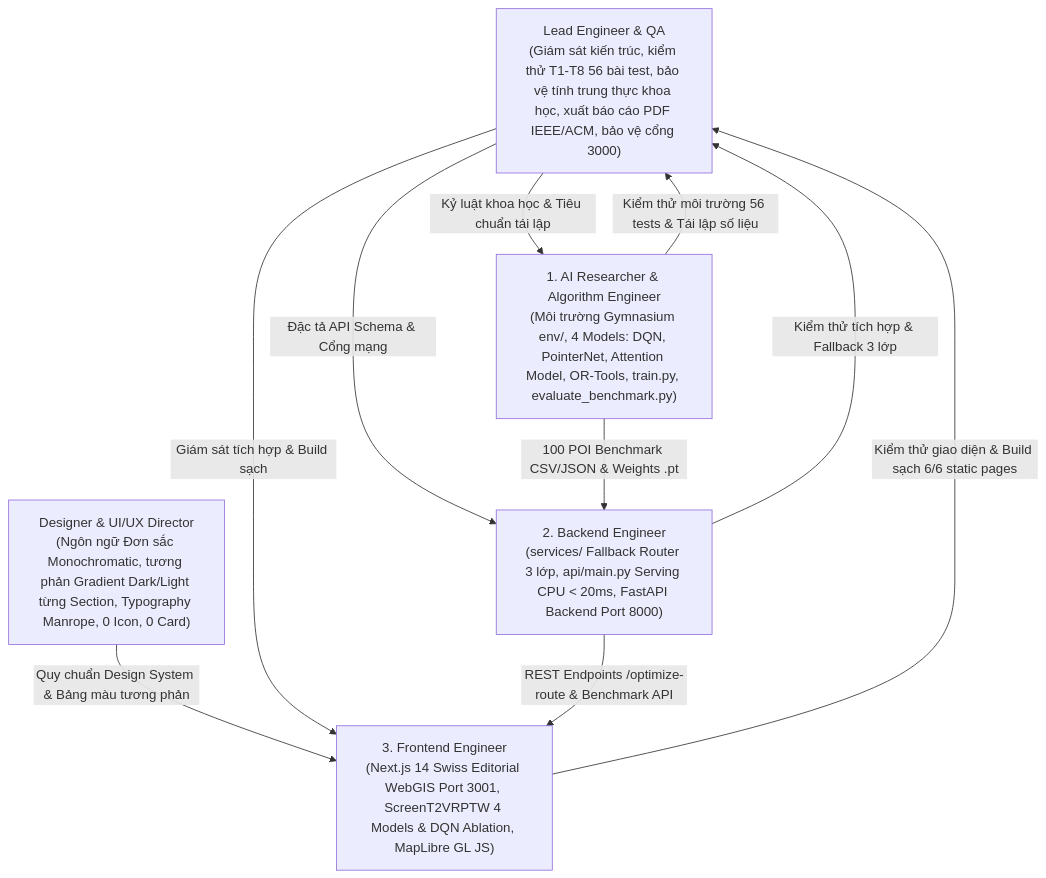
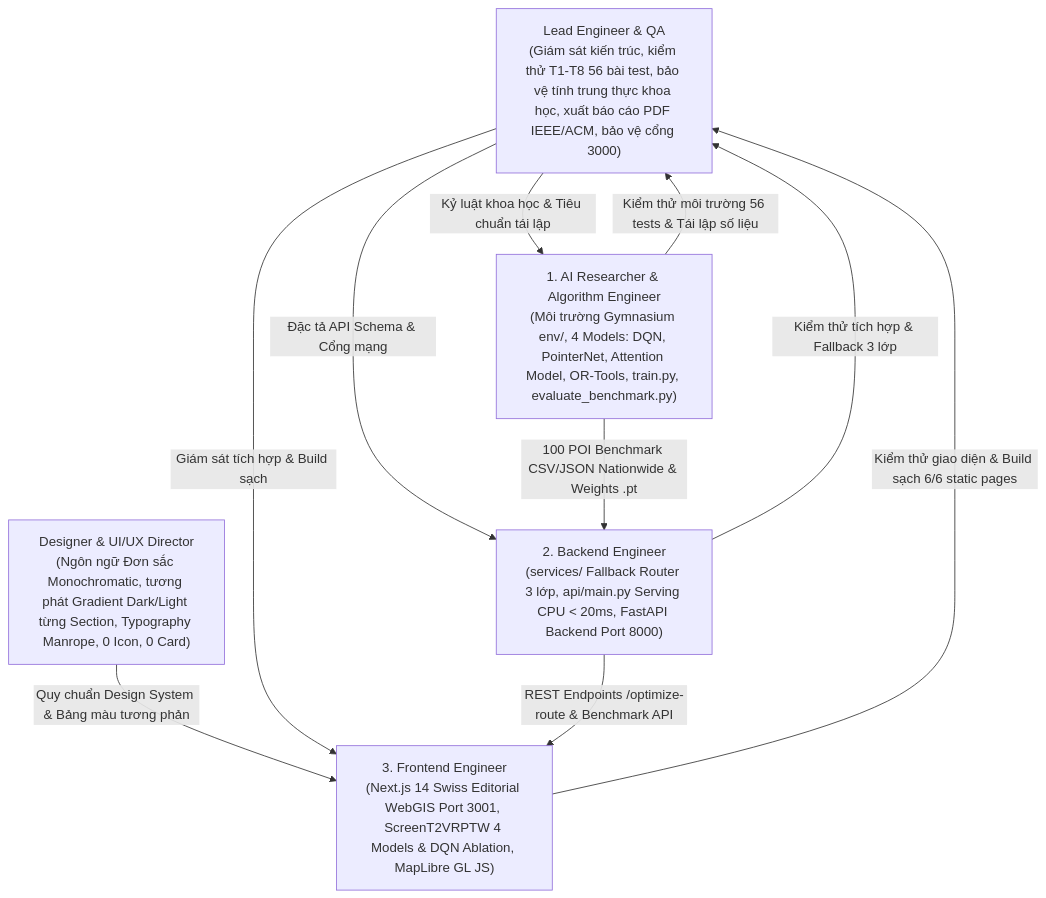
Before and after one commit to philipsgn/HotWAY: the diagram in AGENTS.md, drawn with Mermaid. The commit also changed other lines of this file and 30 other files, not shown here.

Commit message:
feat(nationwide-benchmark): upgrade to nationwide 3-region logistics benchmark (Hanoi 40, Da Nang 20, HCMC 40), purge 9 legacy files, sync core docs v7.3.0, and re-run multi-model evaluation

````diff
--- a/AGENTS.md
+++ b/AGENTS.md
@@ -14,25 +14,25 @@
 ```mermaid
 flowchart TD
     Lead["Lead Engineer & QA
 (Giám sát kiến trúc, kiểm thử T1-T8 56 bài test, bảo vệ tính trung thực khoa học, xuất báo cáo PDF IEEE/ACM, bảo vệ cổng 3000)"]
     Designer["Designer & UI/UX Director
-(Ngôn ngữ Đơn sắc Monochromatic, tương phản Gradient Dark/Light từng Section, Typography Manrope, 0 Icon, 0 Card)"]
+(Ngôn ngữ Đơn sắc Monochromatic, tương phát Gradient Dark/Light từng Section, Typography Manrope, 0 Icon, 0 Card)"]
     Algo["1. AI Researcher & Algorithm Engineer
 (Môi trường Gymnasium env/, 4 Models: DQN, PointerNet, Attention Model, OR-Tools, train.py, evaluate_benchmark.py)"]
     BE["2. Backend Engineer
 (services/ Fallback Router 3 lớp, api/main.py Serving CPU < 20ms, FastAPI Backend Port 8000)"]
     FE["3. Frontend Engineer
 (Next.js 14 Swiss Editorial WebGIS Port 3001, ScreenT2VRPTW 4 Models & DQN Ablation, MapLibre GL JS)"]
 
     Lead -->|Kỷ luật khoa học & Tiêu chuẩn tái lập| Algo
     Lead -->|Đặc tả API Schema & Cổng mạng| BE
     Designer -->|Quy chuẩn Design System & Bảng màu tương phản| FE
     Lead -->|Giám sát tích hợp & Build sạch| FE
 
-    Algo -->|100 POI Benchmark CSV/JSON & Weights .pt| BE
+    Algo -->|100 POI Benchmark CSV/JSON Nationwide & Weights .pt| BE
     BE -->|REST Endpoints /optimize-route & Benchmark API| FE
 
     Algo -->|Kiểm thử môi trường 56 tests & Tái lập số liệu| Lead
     BE -->|Kiểm thử tích hợp & Fallback 3 lớp| Lead
     FE -->|Kiểm thử giao diện & Build sạch 6/6 static pages| Lead
 ```
````
